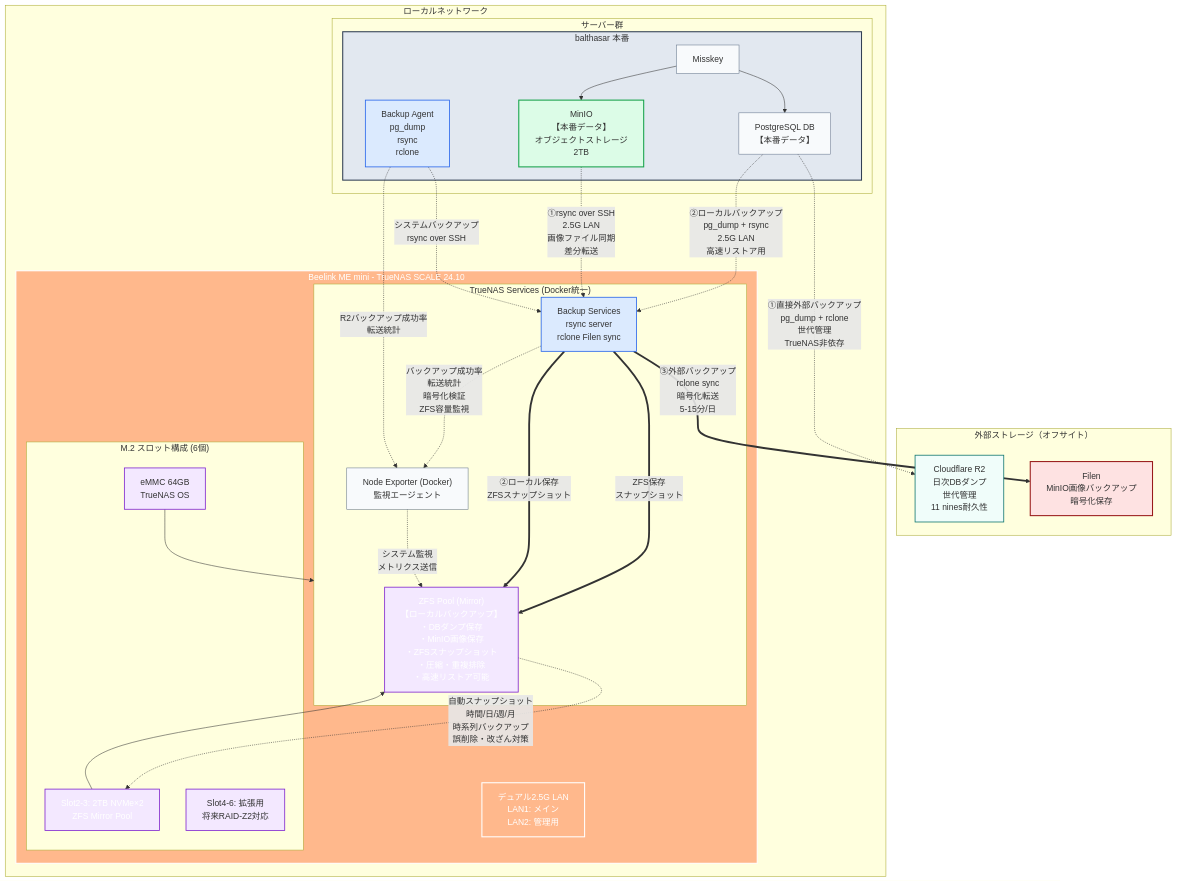
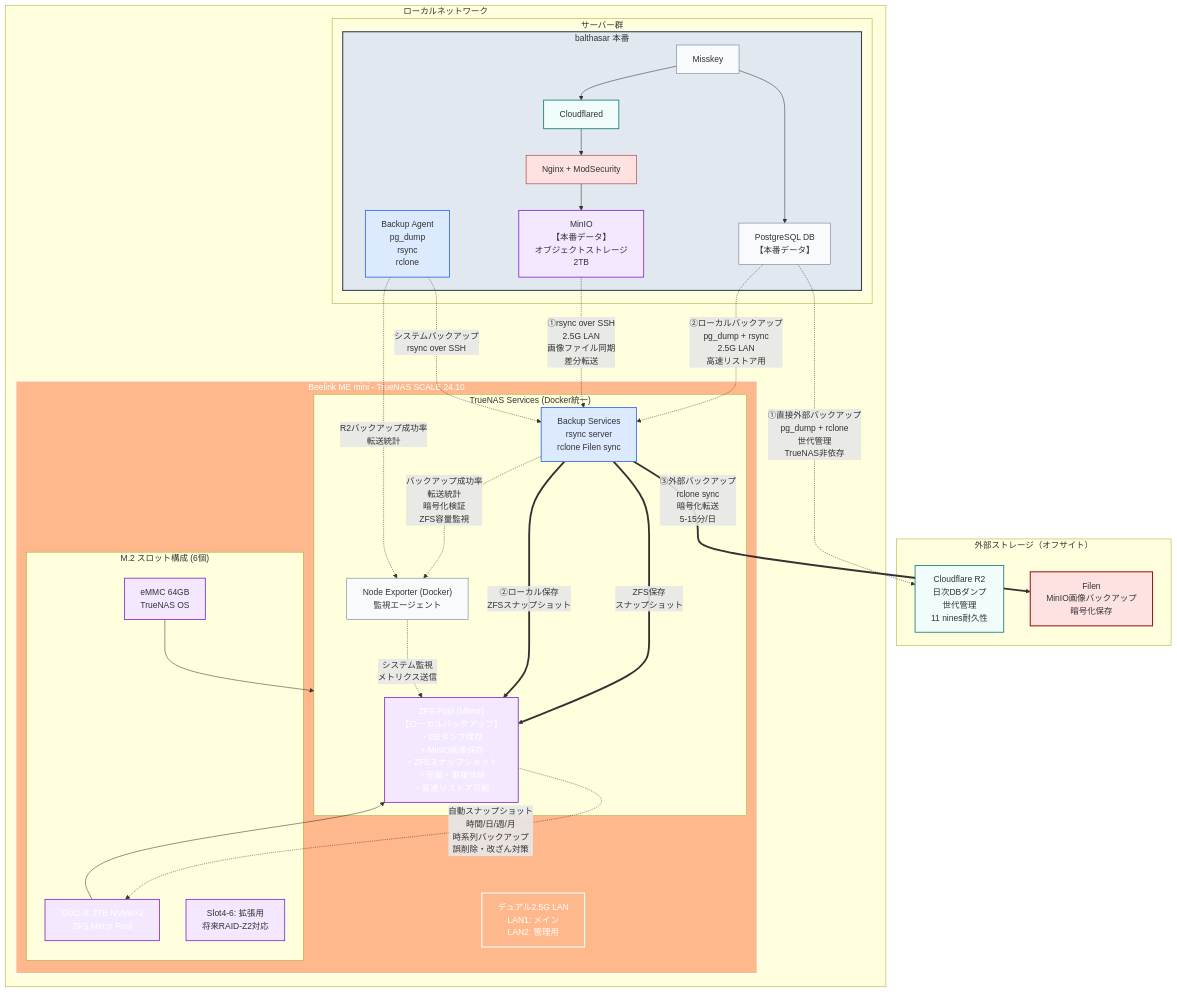
One commit to yamisskey-dev/yamisskey-host changed the fifth of 6 diagrams in README.md. Above: the diagram before and after it, drawn with Mermaid. The commit also changed other lines of this file, not shown here.

Commit message:
docs: MinIOをローカル接続からModSecurityNginx-Cloudflared経由に変更

````diff
--- a/README.md
+++ b/README.md
@@ -338,9 +333,10 @@
     classDef storage fill:#f3e8ff,stroke:#7e22ce,stroke-width:1.5px
     classDef beelink fill:#ffb88c,stroke:#ffffff,stroke-width:2px,color:#ffffff
     classDef cloud fill:#f0fdfa,stroke:#0f766e,stroke-width:1.5px
+    classDef cloudflare fill:#f0fdfa,stroke:#0f766e,stroke-width:1.5px
     classDef zfs fill:#4c1d95,stroke:#c4b5fd,stroke-width:2px,color:#ffffff
     classDef encrypted fill:#fee2e2,stroke:#991b1b,stroke-width:2px
-    classDef local fill:#dcfce7,stroke:#16a34a,stroke-width:2px
+    classDef security fill:#fee2e2,stroke:#991b1b,stroke-width:1px
     
     %% External storage
     subgraph external["外部ストレージ（オフサイト）"]
@@ -371,16 +367,20 @@
         %% Main servers
         subgraph servers["サーバー群"]
             subgraph balthasar["balthasar 本番"]
+                cloudflared_bh[Cloudflared]:::cloudflare
+                nginx_bh[Nginx + ModSecurity]:::security
                 misskey1["Misskey"]:::service
                 db1["PostgreSQL DB<br/>【本番データ】"]:::service
-                minio_local["MinIO<br/>【本番データ】<br/>オブジェクトストレージ<br/>2TB"]:::local
+                minio_local["MinIO<br/>【本番データ】<br/>オブジェクトストレージ<br/>2TB"]:::storage
                 backup1["Backup Agent<br/>pg_dump<br/>rsync<br/>rclone"]:::backup
             end
         end
     end
-    
-    %% Service connections - ローカル接続
-    misskey1 --> minio_local
+
+    %% Service connections - Cloudflared + Nginx経由
+    misskey1 --> cloudflared_bh
+    cloudflared_bh --> nginx_bh
+    nginx_bh --> minio_local
     misskey1 --> db1
     
     %% DB Backup flows - 独立した2系統
@@ -411,11 +411,13 @@
     %% Apply styles
     class balthasar server
     class beelink_nas beelink
+    class cloudflared_bh cloudflare
+    class nginx_bh security
     class misskey1,db1,node_exporter service
     class backup_svc,backup1 backup
     class r2 cloud
     class filen encrypted
-    class minio_local local
+    class minio_local storage
     class slot456,slot23,zfs_pool storage
     class emmc storage
 ```
````
